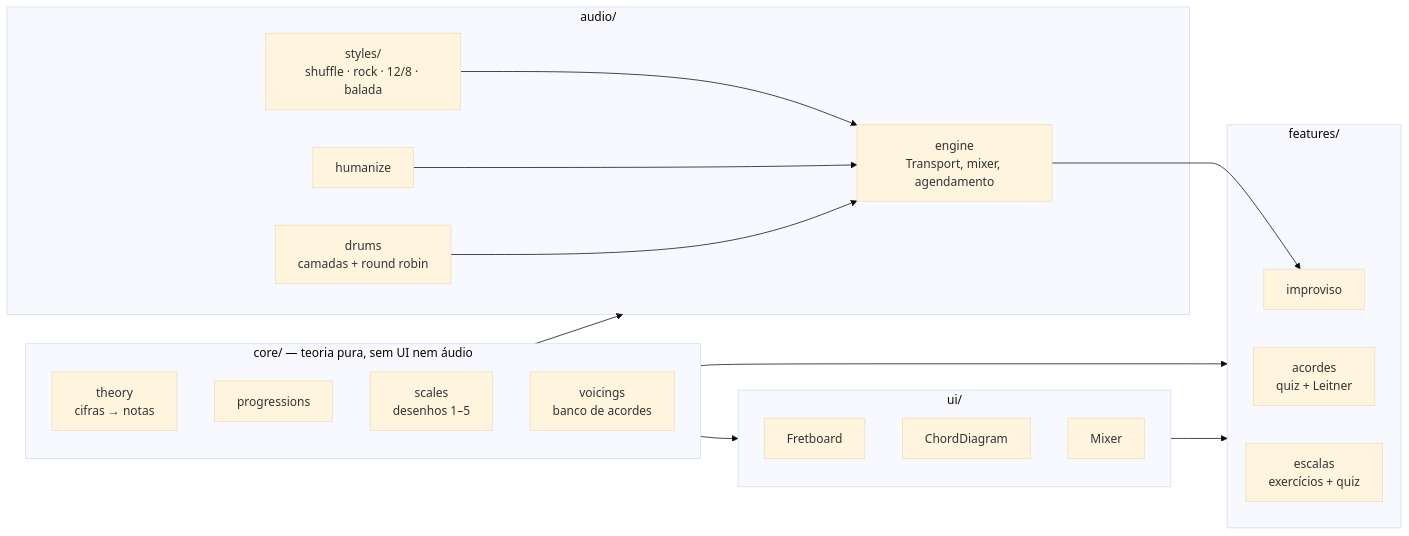
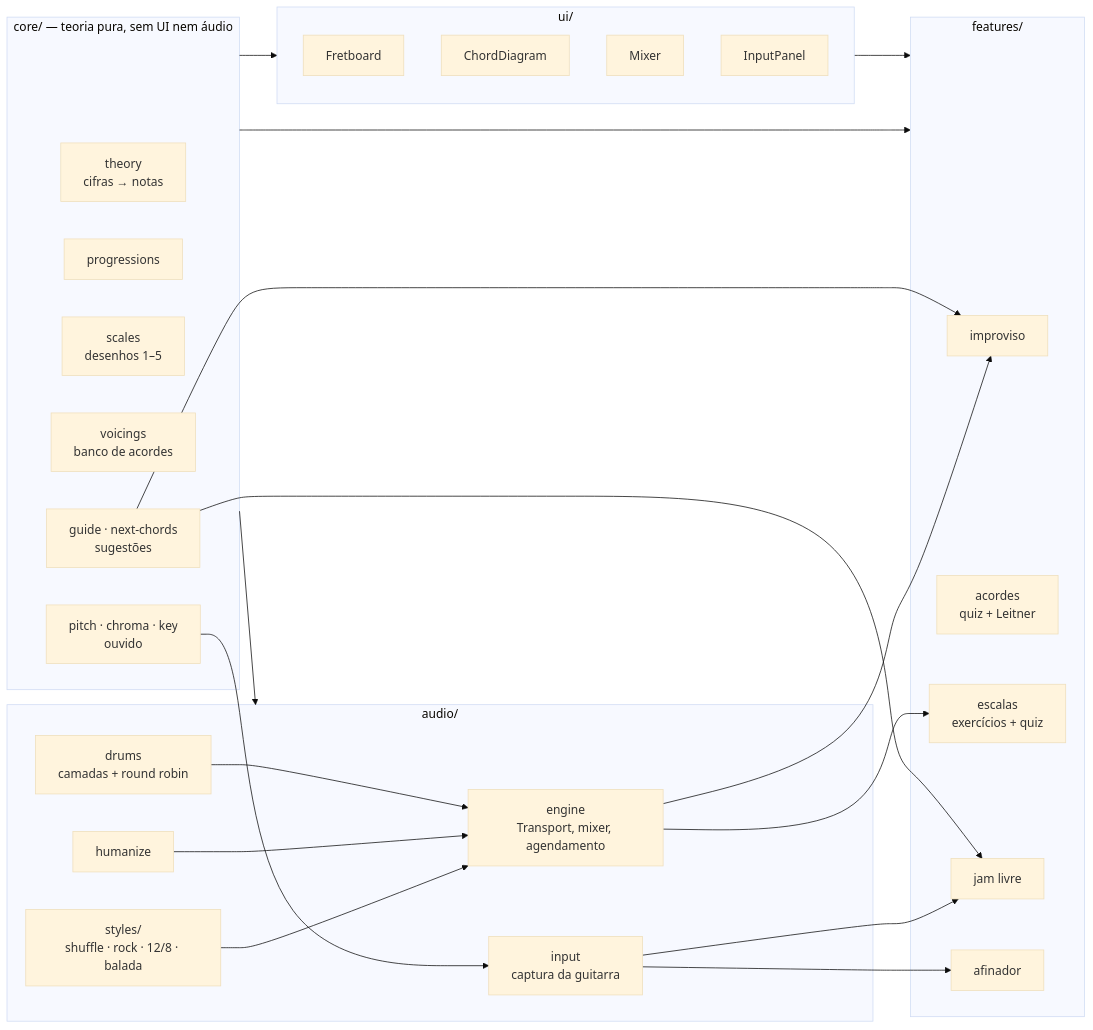
One commit to depaula12/treinador-improviso changed the diagram in README.md. Above: the diagram before and after it, drawn with Mermaid (base theme). The commit also changed other lines of this file and 7 other files, not shown here.

First line of the commit message:
README atualizado (Jam livre, Afinador, ouvido de guitarra) e teste ponta a ponta

````diff
--- a/README.md
+++ b/README.md
@@ -104,33 +150,45 @@
 ```mermaid
 flowchart LR
   subgraph core["core/ — teoria pura, sem UI nem áudio"]
     theory["theory<br/>cifras → notas"]
     prog["progressions"]
     scales["scales<br/>desenhos 1–5"]
     voicings["voicings<br/>banco de acordes"]
+    ear["pitch · chroma · key<br/>ouvido"]
+    sug["guide · next-chords<br/>sugestões"]
   end
   subgraph audio["audio/"]
     engine["engine<br/>Transport, mixer, agendamento"]
     styles["styles/<br/>shuffle · rock · 12/8 · balada"]
     human["humanize"]
     drums["drums<br/>camadas + round robin"]
+    input["input<br/>captura da guitarra"]
   end
   subgraph features["features/"]
     imp["improviso"]
     ac["acordes<br/>quiz + Leitner"]
     es["escalas<br/>exercícios + quiz"]
+    jam["jam livre"]
+    af["afinador"]
   end
   subgraph ui["ui/"]
     fb["Fretboard"]
     cd["ChordDiagram"]
     mix["Mixer"]
+    ip["InputPanel"]
   end
   core --> audio
   core --> features
   core --> ui
   styles --> engine
   human --> engine
   drums --> engine
+  ear --> input
   engine --> imp
+  engine --> es
+  input --> jam
+  input --> af
+  sug --> jam
+  sug --> imp
   ui --> features
 ```
````
